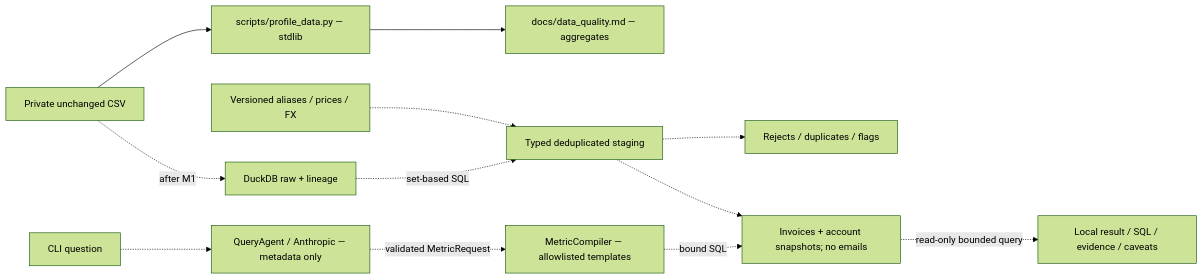
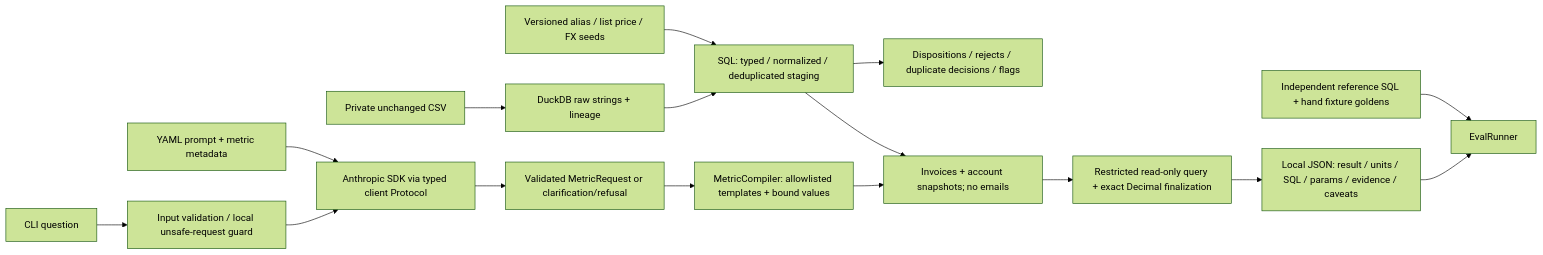
The diagram in docs/architecture.md (Owerre/take-home-fde), drawn with Mermaid (forest theme) before and after one commit. The commit also changed other lines of this file and 6 other files, not shown here.

Commit message:
Document verified results, clear limitations and final architecture

````diff
--- a/docs/architecture.md
+++ b/docs/architecture.md
@@ -7,14 +8,18 @@
 ```mermaid
 flowchart LR
-    CSV["Private unchanged CSV"] --> PROFILE["scripts/profile_data.py — stdlib"]
-    PROFILE --> REPORT["docs/data_quality.md — aggregates"]
-    CSV -. after M1 .-> RAW["DuckDB raw + lineage"]
-    SEEDS["Versioned aliases / prices / FX"] -.-> STG
-    RAW -. set-based SQL .-> STG["Typed deduplicated staging"]
-    STG -.-> AUDIT["Rejects / duplicates / flags"]
-    STG -.-> MARTS["Invoices + account snapshots; no emails"]
-    Q["CLI question"] -.-> AGENT["QueryAgent / Anthropic — metadata only"]
-    AGENT -. validated MetricRequest .-> COMPILER["MetricCompiler — allowlisted templates"]
-    COMPILER -. bound SQL .-> MARTS
-    MARTS -. read-only bounded query .-> ANSWER["Local result / SQL / evidence / caveats"]
+    CSV["Private unchanged CSV"] --> RAW["DuckDB raw strings + lineage"]
+    SEEDS["Versioned alias / list price / FX seeds"] --> STG
+    RAW --> STG["SQL: typed / normalized / deduplicated staging"]
+    STG --> AUDIT["Dispositions / rejects / duplicate decisions / flags"]
+    STG --> MARTS["Invoices + account snapshots; no emails"]
+    Q["CLI question"] --> GUARD["Input validation / local unsafe-request guard"]
+    YAML["YAML prompt + metric metadata"] --> MODEL
+    GUARD --> MODEL["Anthropic SDK via typed client Protocol"]
+    MODEL --> REQ["Validated MetricRequest or clarification/refusal"]
+    REQ --> COMP["MetricCompiler: allowlisted templates + bound values"]
+    COMP --> MARTS
+    MARTS --> ANS["Restricted read-only query + exact Decimal finalization"]
+    ANS --> OUTPUT["Local JSON: result / units / SQL / params / evidence / caveats"]
+    REF["Independent reference SQL + hand fixture goldens"] --> EVAL["EvalRunner"]
+    OUTPUT --> EVAL
 ```
````
